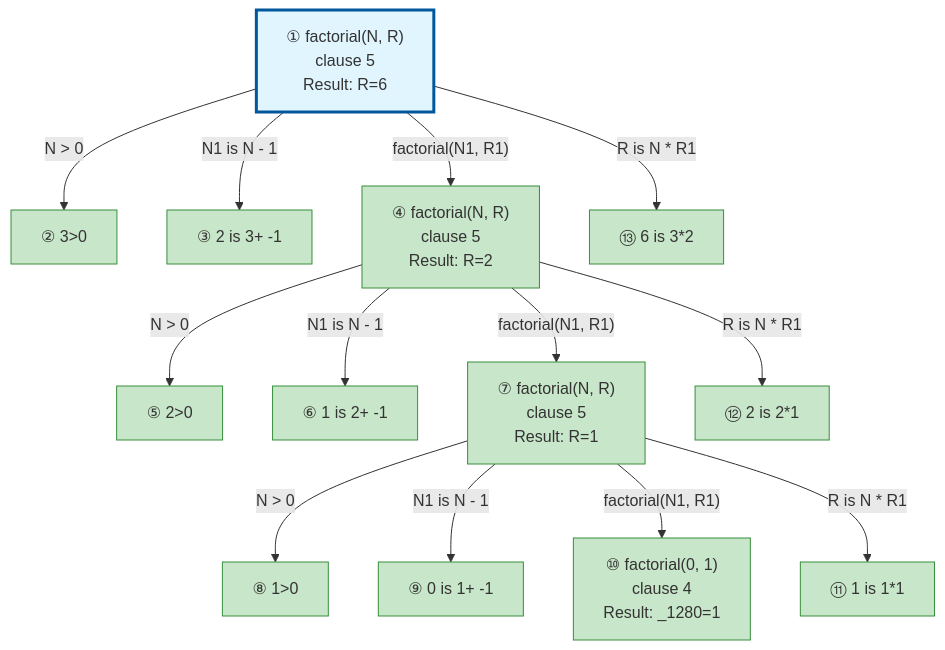
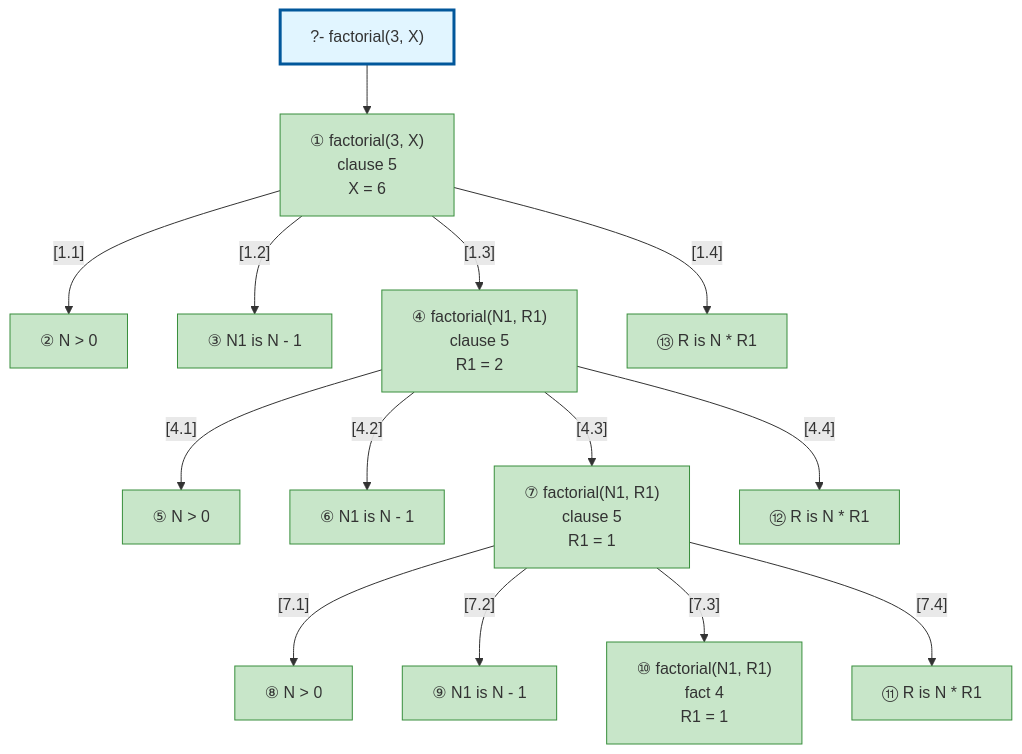
One commit to textologylabs/prolog-trace-viz changed the diagram in examples/factorial-output.md. Above: the diagram before and after it, drawn with Mermaid. The commit also changed 8 other files, not shown here.

First line of the commit message:
🐛 render the Mermaid call tree from the timeline, not the level-keyed builder

````diff
--- a/examples/factorial-output.md
+++ b/examples/factorial-output.md
@@ -89,47 +89,50 @@
 ```mermaid
 graph TD
 
 %% Nodes
-A["① factorial(N, R)<br/>clause 5<br/>Result: R=6"]
-B["② 3>0"]
-C["③ 2 is 3+ -1"]
-D["④ factorial(N, R)<br/>clause 5<br/>Result: R=2"]
-E["⑤ 2>0"]
-F["⑥ 1 is 2+ -1"]
-G["⑦ factorial(N, R)<br/>clause 5<br/>Result: R=1"]
-H["⑧ 1>0"]
-I["⑨ 0 is 1+ -1"]
-J["⑩ factorial(0, 1)<br/>clause 4<br/>Result: _1280=1"]
-K["⑪ 1 is 1*1"]
-L["⑫ 2 is 2*1"]
-M["⑬ 6 is 3*2"]
+A["?- factorial(3, X)"]
+B["① factorial(3, X)<br/>clause 5<br/>X = 6"]
+C["② N &gt; 0"]
+D["③ N1 is N - 1"]
+E["④ factorial(N1, R1)<br/>clause 5<br/>R1 = 2"]
+F["⑤ N &gt; 0"]
+G["⑥ N1 is N - 1"]
+H["⑦ factorial(N1, R1)<br/>clause 5<br/>R1 = 1"]
+I["⑧ N &gt; 0"]
+J["⑨ N1 is N - 1"]
+K["⑩ factorial(N1, R1)<br/>fact 4<br/>R1 = 1"]
+L["⑪ R is N * R1"]
+M["⑫ R is N * R1"]
+N["⑬ R is N * R1"]
 
 %% Edges
-A -->|"N > 0"| B
-A -->|"N1 is N - 1"| C
-A -->|"factorial(N1, R1)"| D
-D -->|"N > 0"| E
-D -->|"N1 is N - 1"| F
-D -->|"factorial(N1, R1)"| G
-G -->|"N > 0"| H
-G -->|"N1 is N - 1"| I
-G -->|"factorial(N1, R1)"| J
-G -->|"R is N * R1"| K
-D -->|"R is N * R1"| L
-A -->|"R is N * R1"| M
+A --> B
+B -->|"[1.1]"| C
+B -->|"[1.2]"| D
+B -->|"[1.3]"| E
+E -->|"[4.1]"| F
+E -->|"[4.2]"| G
+E -->|"[4.3]"| H
+H -->|"[7.1]"| I
+H -->|"[7.2]"| J
+H -->|"[7.3]"| K
+H -->|"[7.4]"| L
+E -->|"[4.4]"| M
+B -->|"[1.4]"| N
 
 %% Styles
 style A fill:#e1f5ff,stroke:#01579b,stroke-width:3px
 style B fill:#c8e6c9,stroke:#388e3c
 style C fill:#c8e6c9,stroke:#388e3c
 style D fill:#c8e6c9,stroke:#388e3c
 style E fill:#c8e6c9,stroke:#388e3c
 style F fill:#c8e6c9,stroke:#388e3c
 style G fill:#c8e6c9,stroke:#388e3c
 style H fill:#c8e6c9,stroke:#388e3c
 style I fill:#c8e6c9,stroke:#388e3c
 style J fill:#c8e6c9,stroke:#388e3c
 style K fill:#c8e6c9,stroke:#388e3c
 style L fill:#c8e6c9,stroke:#388e3c
 style M fill:#c8e6c9,stroke:#388e3c
+style N fill:#c8e6c9,stroke:#388e3c
 ```
````
